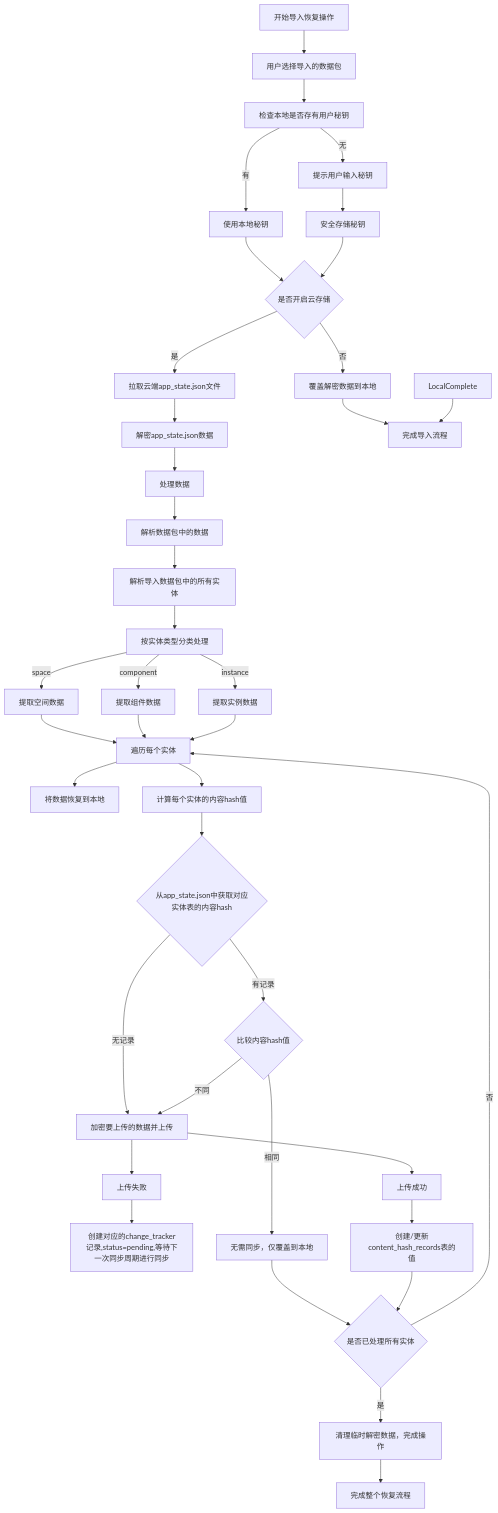
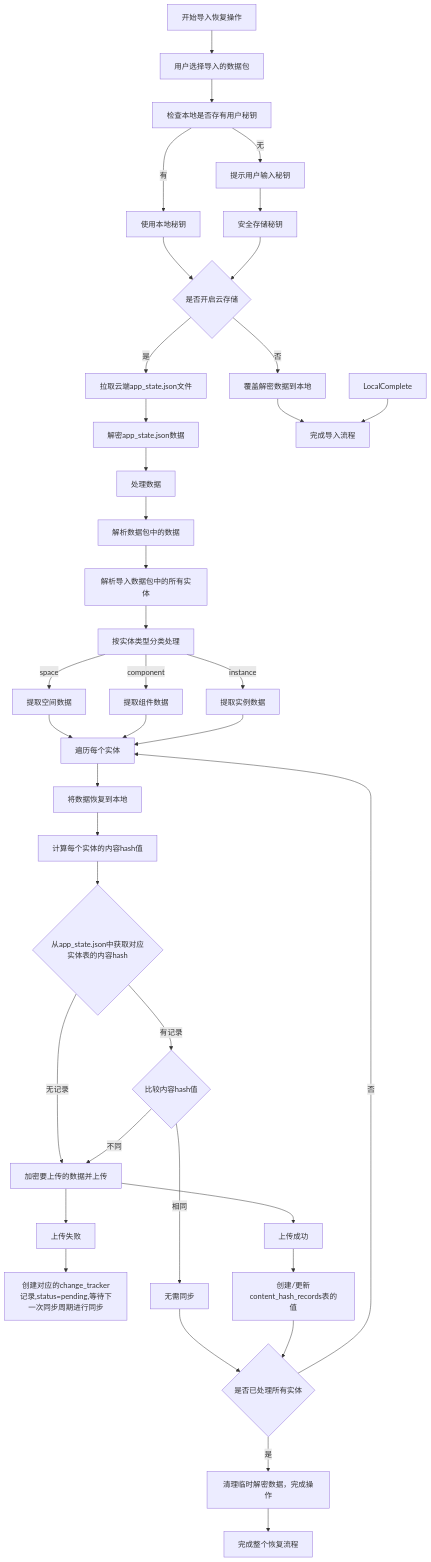
The diagram in all/未命名-47.md (yingjianzh/iodraw-files), drawn with Mermaid before and after one commit.

Commit message:
2025-04-29 15:05:47 update

````diff
--- a/all/未命名-47.md
+++ b/all/未命名-47.md
@@ -1,58 +1,58 @@
 ```mermaid
 flowchart TD
     A[开始导入恢复操作] --> B[用户选择导入的数据包]
     B --> B1[检查本地是否存有用户秘钥]
     
     B1 -->|有| B3[使用本地秘钥]
     B1 -->|无| B4[提示用户输入秘钥]
 
     B4 --> B8[安全存储秘钥]
     B3 --> Check{是否开启云存储}
 
     B8 --> Check
     Check --> |否| LocalOnly[覆盖解密数据到本地]
     
     Check --> |是| Download[拉取云端app_state.json文件]
     Download --> AppState[解密app_state.json数据]
 
     LocalOnly --> Complete[完成导入流程]
     AppState --> Process[处理数据]
 
     Process --> C[解析数据包中的数据]
     
     C --> D[解析导入数据包中的所有实体]
     D --> G[按实体类型分类处理]
     
     G -->|space| H1[提取空间数据]
     G -->|component| H2[提取组件数据]
     G -->|instance| H3[提取实例数据]
     
     H1 --> I[遍历每个实体]
     H2 --> I
     H3 --> I
     
     I --> Save[将数据恢复到本地]
-    
-    I --> CalcHash[计算每个实体的内容hash值]
+
+    Save --> CalcHash[计算每个实体的内容hash值]
     CalcHash --> L{从app_state.json中获取对应实体表的内容hash}
     
     L -->|无记录| M1[加密要上传的数据并上传]
     M1 --> N1[上传成功]
     M1 --> N2[上传失败]
     
     N2 --> N3[创建对应的change_tracker记录,status=pending,等待下一次同步周期进行同步]
     N1 --> M4[创建/更新content_hash_records表的值]
     LocalComplete --> Complete
 
     L -->|有记录| M2{比较内容hash值}
-    M2 -->|相同| M3[无需同步，仅覆盖到本地]
+    M2 -->|相同| M3[无需同步]
     M2 -->|不同| M1
     
     M3 --> S{是否已处理所有实体}
     M4 --> S
 
     S -->|否| I
     S -->|是| U[清理临时解密数据，完成操作]
 
     U --> V[完成整个恢复流程]
 ```
````
